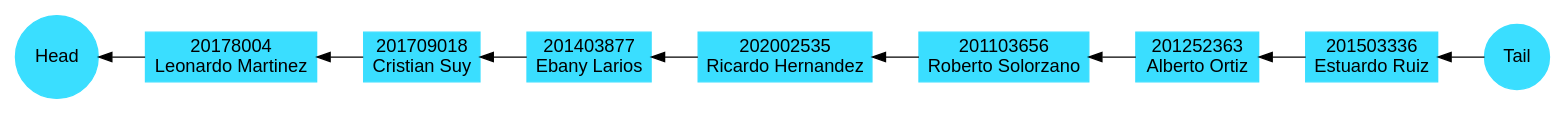
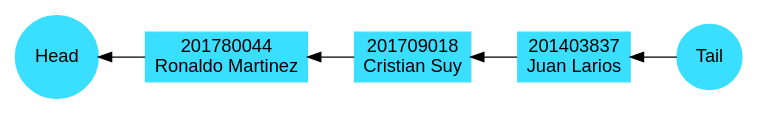
The diagram in EDD_Proyecto1_Fase1/Cola de Estudiantes.dot (robinbuezo11/EDD_1S2023_PY_201944994), drawn with Graphviz before and after one commit. The commit also changed 7 other files, not shown here.

```diff
--- a/EDD_Proyecto1_Fase1/Cola de Estudiantes.dot
+++ b/EDD_Proyecto1_Fase1/Cola de Estudiantes.dot
@@ -1,16 +1,12 @@
 digraph G {
 node[shape=rectangle style=filled pencolor="#00000" color="#3ADEFF" fontname="Helvetica,Arial"];
 rankdir=LR;
 Head [shape=circle];
 Tail [shape=circle];
-N0[label="20178004\nLeonardo Martinez"];
+N0[label="201780044\nRonaldo Martinez"];
 N1[label="201709018\nCristian Suy"];
-N2[label="201403877\nEbany Larios"];
-N3[label="202002535\nRicardo Hernandez"];
-N4[label="201103656\nRoberto Solorzano"];
-N5[label="201252363\nAlberto Ortiz"];
-N6[label="201503336\nEstuardo Ruiz"];
+N2[label="201403837\nJuan Larios"];
 edge [dir=back]
-Head->N0->N1->N2->N3->N4->N5->N6->Tail
+Head->N0->N1->N2->Tail
 
 }
```
